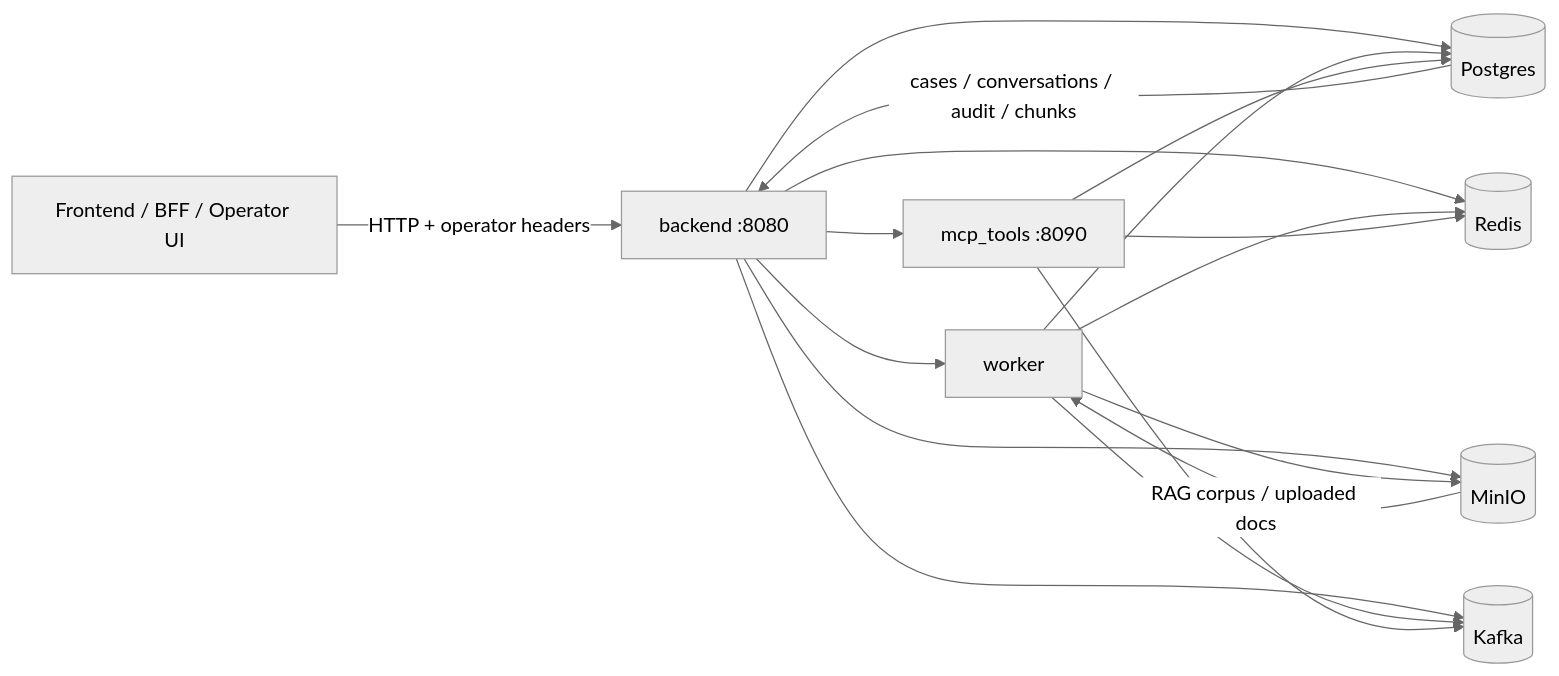
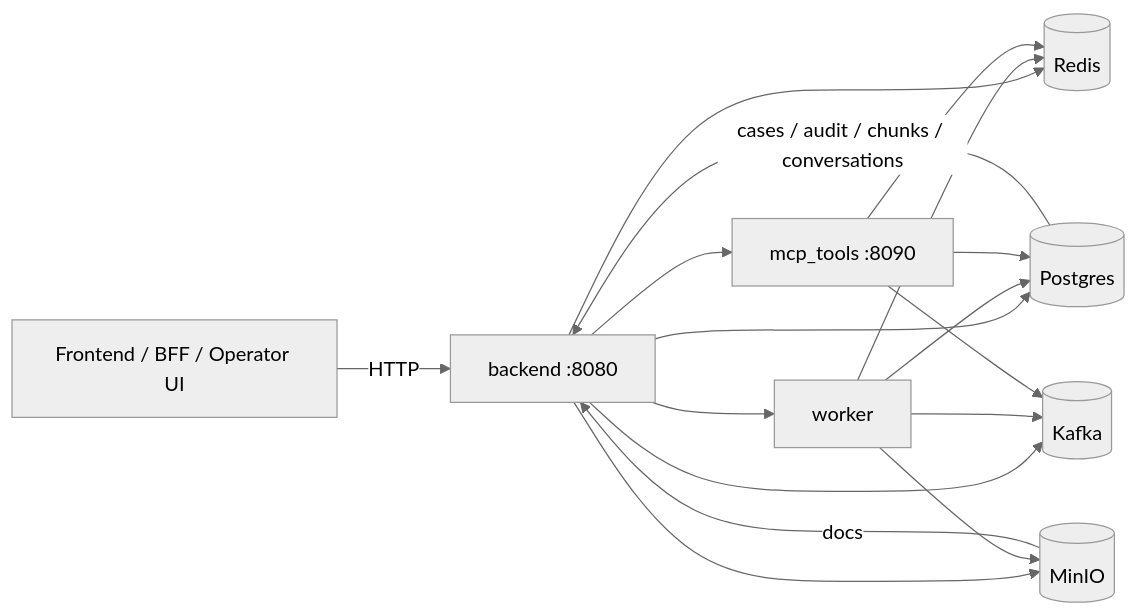
One commit to Lin-Lini/llm-copilot-bank-mvp changed the first of 3 diagrams in README.md. Above: the diagram before and after it, drawn with Mermaid (neutral theme). The commit also changed other lines of this file and 89 other files, not shown here.

````diff
--- a/README.md
+++ b/README.md
@@ -81,23 +80,23 @@
 ```mermaid
 flowchart LR
-    UI[Frontend / BFF / Operator UI] -->|HTTP + operator headers| BE[backend :8080]
+    UI[Frontend / BFF / Operator UI] -->|HTTP| BE[backend :8080]
 
     BE --> WRK[worker]
     BE --> MCP[mcp_tools :8090]
     BE --> PG[(Postgres)]
     BE --> RD[(Redis)]
     BE --> MN[(MinIO)]
     BE --> KF[(Kafka)]
 
     WRK --> PG
     WRK --> RD
     WRK --> MN
     WRK --> KF
 
     MCP --> PG
     MCP --> RD
     MCP --> KF
 
-    MN -->|RAG corpus / uploaded docs| WRK
-    PG -->|cases / conversations / audit / chunks| BE
+    PG -->|cases / audit / chunks / conversations| BE
+    MN -->|docs| BE
 ```
````
